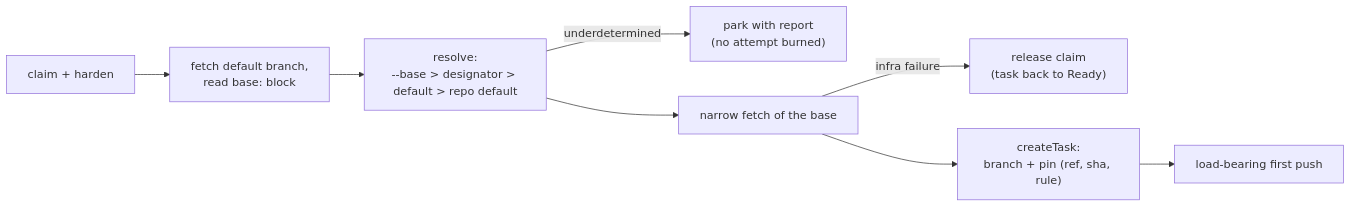
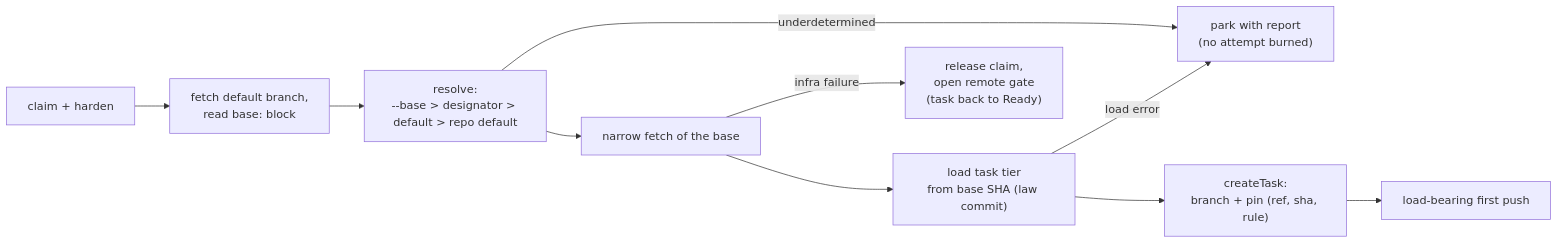
The diagram in openspec/changes/add-base-ref-resolution/design.md (oinsio/gnomish-factory), drawn with Mermaid before and after one commit. The commit also changed other lines of this file and 46 other files, not shown here.

Commit message:
openspec: update add-base-ref-resolution after review

````diff
--- a/openspec/changes/add-base-ref-resolution/design.md
+++ b/openspec/changes/add-base-ref-resolution/design.md
@@ -181,10 +320,12 @@
 ```mermaid
 flowchart LR
     Claim["claim + harden"] --> Cfg["fetch default branch,<br/>read base: block"]
     Cfg --> Resolve["resolve:<br/>--base > designator > default > repo default"]
     Resolve -->|underdetermined| Park["park with report<br/>(no attempt burned)"]
     Resolve --> Fetch["narrow fetch of the base"]
-    Fetch -->|infra failure| Release["release claim<br/>(task back to Ready)"]
-    Fetch --> Create["createTask:<br/>branch + pin (ref, sha, rule)"]
+    Fetch -->|infra failure| Release["release claim,<br/>open remote gate<br/>(task back to Ready)"]
+    Fetch --> Law["load task tier<br/>from base SHA (law commit)"]
+    Law -->|load error| Park
+    Law --> Create["createTask:<br/>branch + pin (ref, sha, rule)"]
     Create --> Push["load-bearing first push"]
 ```
````
